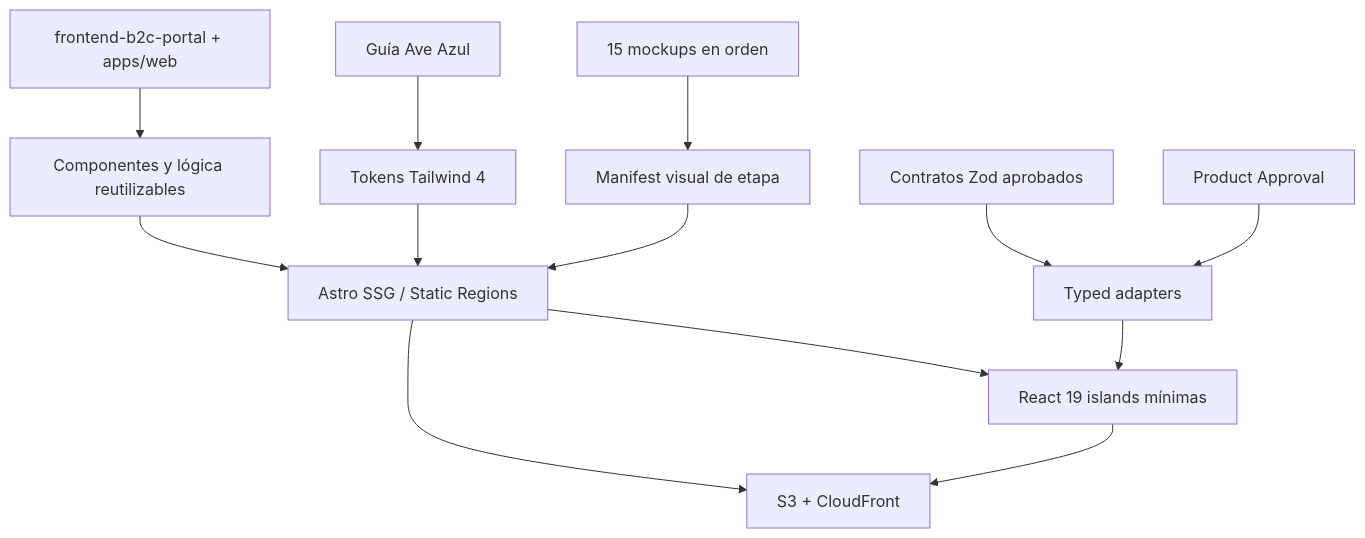
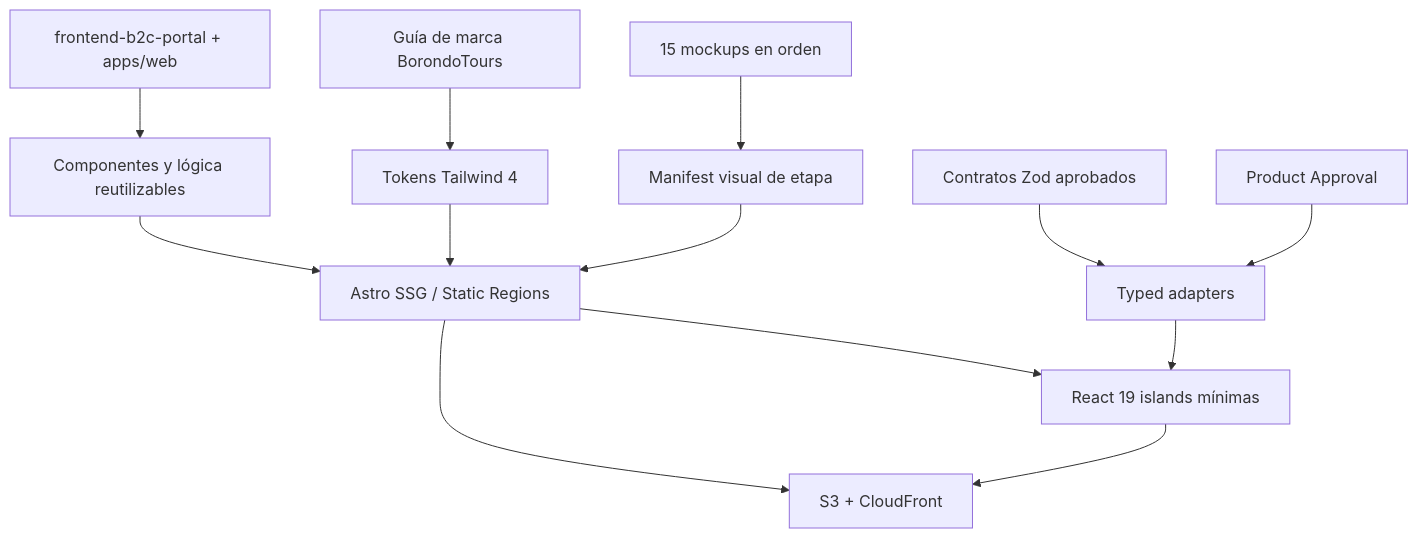
The first of 6 diagrams in .kiro/specs/b2c-pixel-perfect-redesign/design.md (ChrisPol01/BorondoTours), drawn with Mermaid before and after one commit. The commit also changed other lines of this file and 253 other files, not shown here.

````diff
--- a/.kiro/specs/b2c-pixel-perfect-redesign/design.md
+++ b/.kiro/specs/b2c-pixel-perfect-redesign/design.md
@@ -66,15 +66,15 @@
 ```mermaid
 graph TD
   M[15 mockups en orden] --> V[Manifest visual de etapa]
-  B[Guía Ave Azul] --> T[Tokens Tailwind 4]
+  B[Guía de marca BorondoTours] --> T[Tokens Tailwind 4]
   F[frontend-b2c-portal + apps/web] --> R[Componentes y lógica reutilizables]
   V --> A[Astro SSG / Static Regions]
   T --> A
   R --> A
   A --> I[React 19 islands mínimas]
   C[Contratos Zod aprobados] --> D[Typed adapters]
   D --> I
   G[Product Approval] --> D
   I --> O[S3 + CloudFront]
   A --> O
 ```
````
